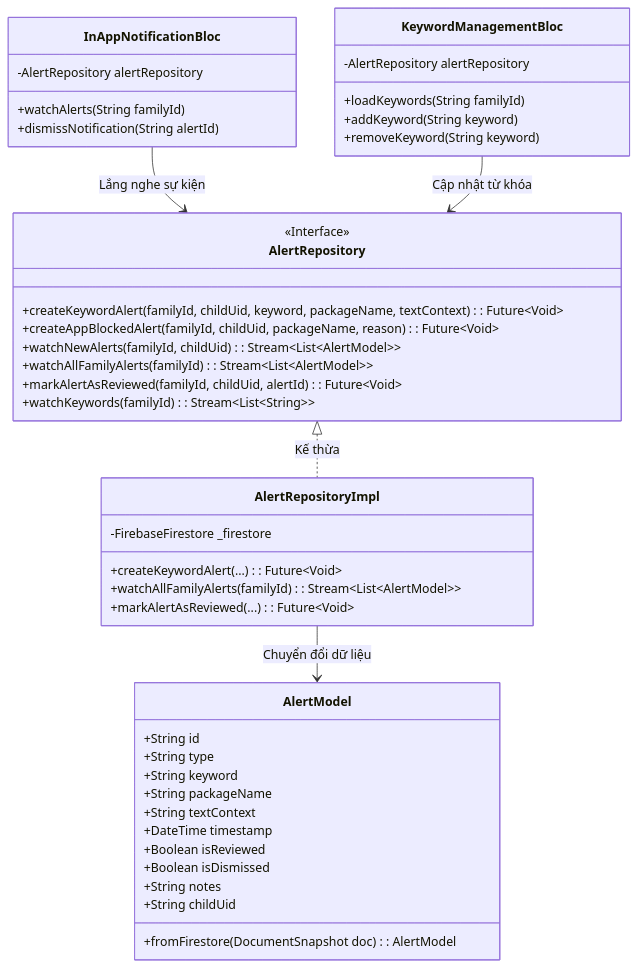
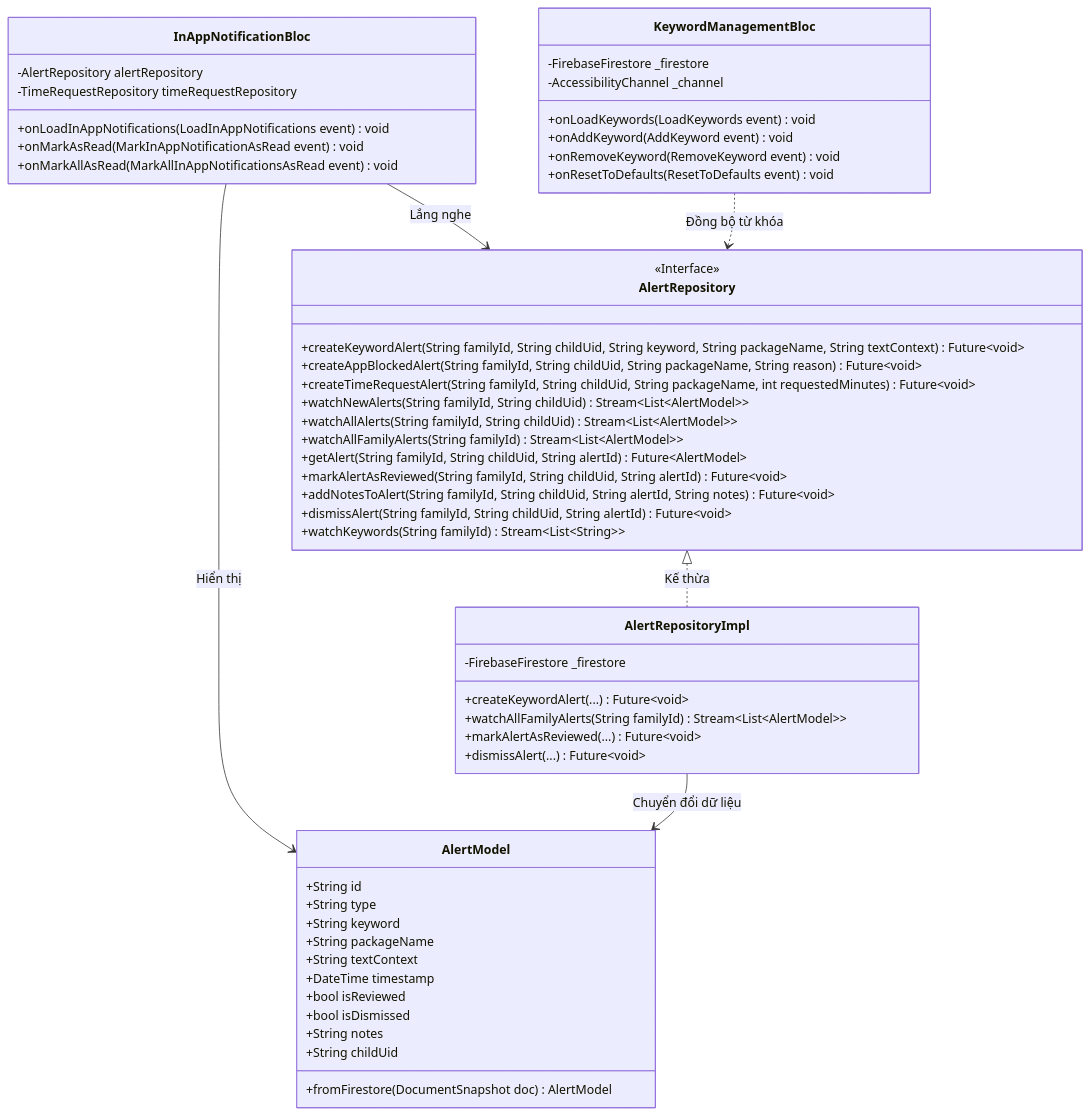
Before and after one commit to minhduc01168/KidGuardian-THPT: diagram 19 of 20 in docs/Kura_Technical_Analysis.md, drawn with Mermaid. The commit also changed other lines of this file, not shown here.

Commit message:
docs: standardize terminology to Kura, Phụ huynh and Con, align diagrams with codebase

````diff
--- a/docs/Kura_Technical_Analysis.md
+++ b/docs/Kura_Technical_Analysis.md
@@ -1119,51 +1174,62 @@
 ```mermaid
 classDiagram
     class AlertRepository {
         <<Interface>>
-        +createKeywordAlert(familyId, childUid, keyword, packageName, textContext): Future~Void~
-        +createAppBlockedAlert(familyId, childUid, packageName, reason): Future~Void~
-        +watchNewAlerts(familyId, childUid): Stream~List~AlertModel~~
-        +watchAllFamilyAlerts(familyId): Stream~List~AlertModel~~
-        +markAlertAsReviewed(familyId, childUid, alertId): Future~Void~
-        +watchKeywords(familyId): Stream~List~String~~
+        +createKeywordAlert(String familyId, String childUid, String keyword, String packageName, String textContext) Future~void~
+        +createAppBlockedAlert(String familyId, String childUid, String packageName, String reason) Future~void~
+        +createTimeRequestAlert(String familyId, String childUid, String packageName, int requestedMinutes) Future~void~
+        +watchNewAlerts(String familyId, String childUid) Stream~List~AlertModel~~
+        +watchAllAlerts(String familyId, String childUid) Stream~List~AlertModel~~
+        +watchAllFamilyAlerts(String familyId) Stream~List~AlertModel~~
+        +getAlert(String familyId, String childUid, String alertId) Future~AlertModel~
+        +markAlertAsReviewed(String familyId, String childUid, String alertId) Future~void~
+        +addNotesToAlert(String familyId, String childUid, String alertId, String notes) Future~void~
+        +dismissAlert(String familyId, String childUid, String alertId) Future~void~
+        +watchKeywords(String familyId) Stream~List~String~~
     }
 
     class AlertRepositoryImpl {
         -FirebaseFirestore _firestore
-        +createKeywordAlert(...): Future~Void~
-        +watchAllFamilyAlerts(familyId): Stream~List~AlertModel~~
-        +markAlertAsReviewed(...): Future~Void~
+        +createKeywordAlert(...) Future~void~
+        +watchAllFamilyAlerts(String familyId) Stream~List~AlertModel~~
+        +markAlertAsReviewed(...) Future~void~
+        +dismissAlert(...) Future~void~
     }
 
     class AlertModel {
         +String id
         +String type
         +String keyword
         +String packageName
         +String textContext
         +DateTime timestamp
-        +Boolean isReviewed
-        +Boolean isDismissed
+        +bool isReviewed
+        +bool isDismissed
         +String notes
         +String childUid
-        +fromFirestore(DocumentSnapshot doc): AlertModel
+        +fromFirestore(DocumentSnapshot doc) AlertModel
     }
 
     class InAppNotificationBloc {
         -AlertRepository alertRepository
-        +watchAlerts(String familyId)
-        +dismissNotification(String alertId)
+        -TimeRequestRepository timeRequestRepository
+        +onLoadInAppNotifications(LoadInAppNotifications event) void
+        +onMarkAsRead(MarkInAppNotificationAsRead event) void
+        +onMarkAllAsRead(MarkAllInAppNotificationsAsRead event) void
     }
 
     class KeywordManagementBloc {
-        -AlertRepository alertRepository
-        +loadKeywords(String familyId)
-        +addKeyword(String keyword)
-        +removeKeyword(String keyword)
+        -FirebaseFirestore _firestore
+        -AccessibilityChannel _channel
+        +onLoadKeywords(LoadKeywords event) void
+        +onAddKeyword(AddKeyword event) void
+        +onRemoveKeyword(RemoveKeyword event) void
+        +onResetToDefaults(ResetToDefaults event) void
     }
 
     AlertRepository <|.. AlertRepositoryImpl : Kế thừa
-    InAppNotificationBloc --> AlertRepository : Lắng nghe sự kiện
-    KeywordManagementBloc --> AlertRepository : Cập nhật từ khóa
+    InAppNotificationBloc --> AlertRepository : Lắng nghe
+    InAppNotificationBloc --> AlertModel : Hiển thị
+    KeywordManagementBloc ..> AlertRepository : Đồng bộ từ khóa
     AlertRepositoryImpl --> AlertModel : Chuyển đổi dữ liệu
 ```
````
